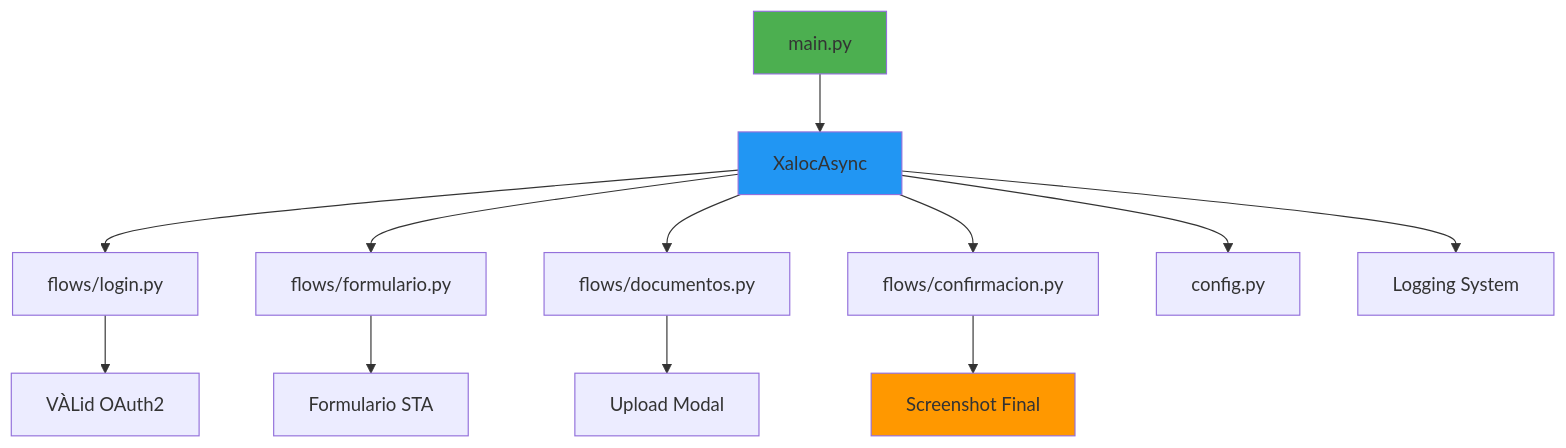
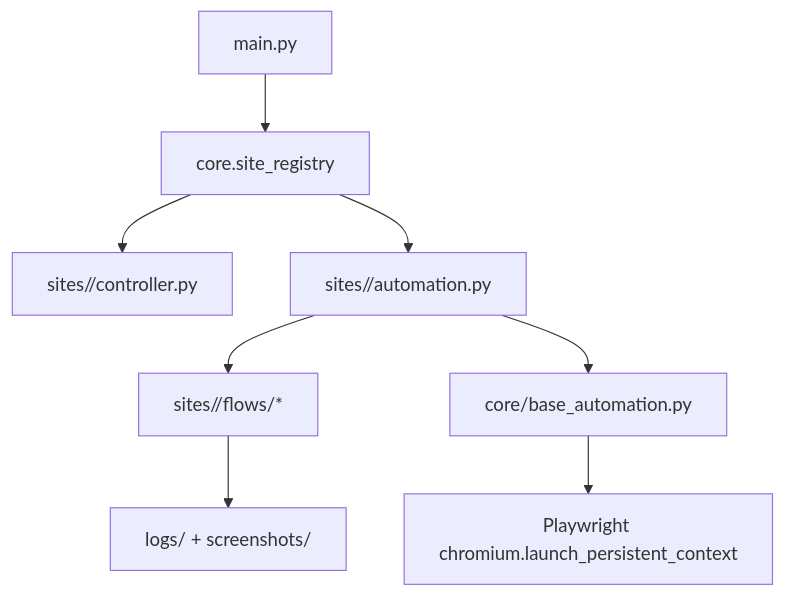
The diagram in README.md (gvera-multivia/xaloc2026-main), drawn with Mermaid before and after one commit. The commit also changed other lines of this file, not shown here.

````diff
--- a/README.md
+++ b/README.md
@@ -62,20 +66,10 @@
 ```mermaid
 flowchart TB
-    A[main.py] --> B[XalocAsync]
-    B --> C[flows/login.py]
-    B --> D[flows/formulario.py]
-    B --> E[flows/documentos.py]
-    B --> F[flows/confirmacion.py]
-    
-    C --> G[VÀLid OAuth2]
-    D --> H[Formulario STA]
-    E --> I[Upload Modal]
-    F --> J[Screenshot Final]
-    
-    B --> K[config.py]
-    B --> L[Logging System]
-    
-    style A fill:#4CAF50
-    style B fill:#2196F3
-    style J fill:#FF9800
+  A[main.py] --> B[core.site_registry]
+  B --> C[sites/<site>/controller.py]
+  B --> D[sites/<site>/automation.py]
+  D --> E[sites/<site>/flows/*]
+  D --> F[core/base_automation.py]
+  F --> G[Playwright chromium.launch_persistent_context]
+  E --> H[logs/ + screenshots/]
 ```
````
